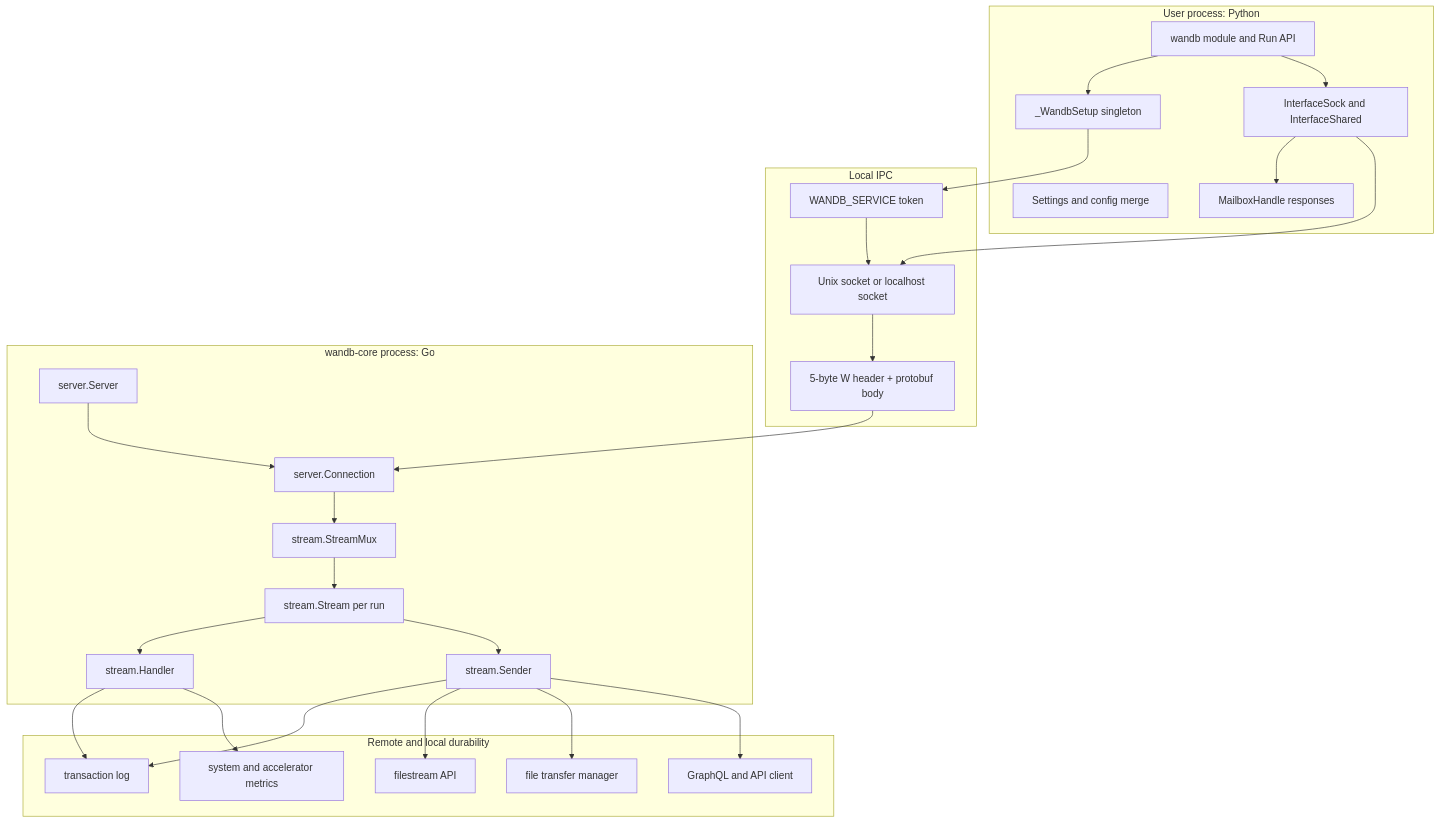
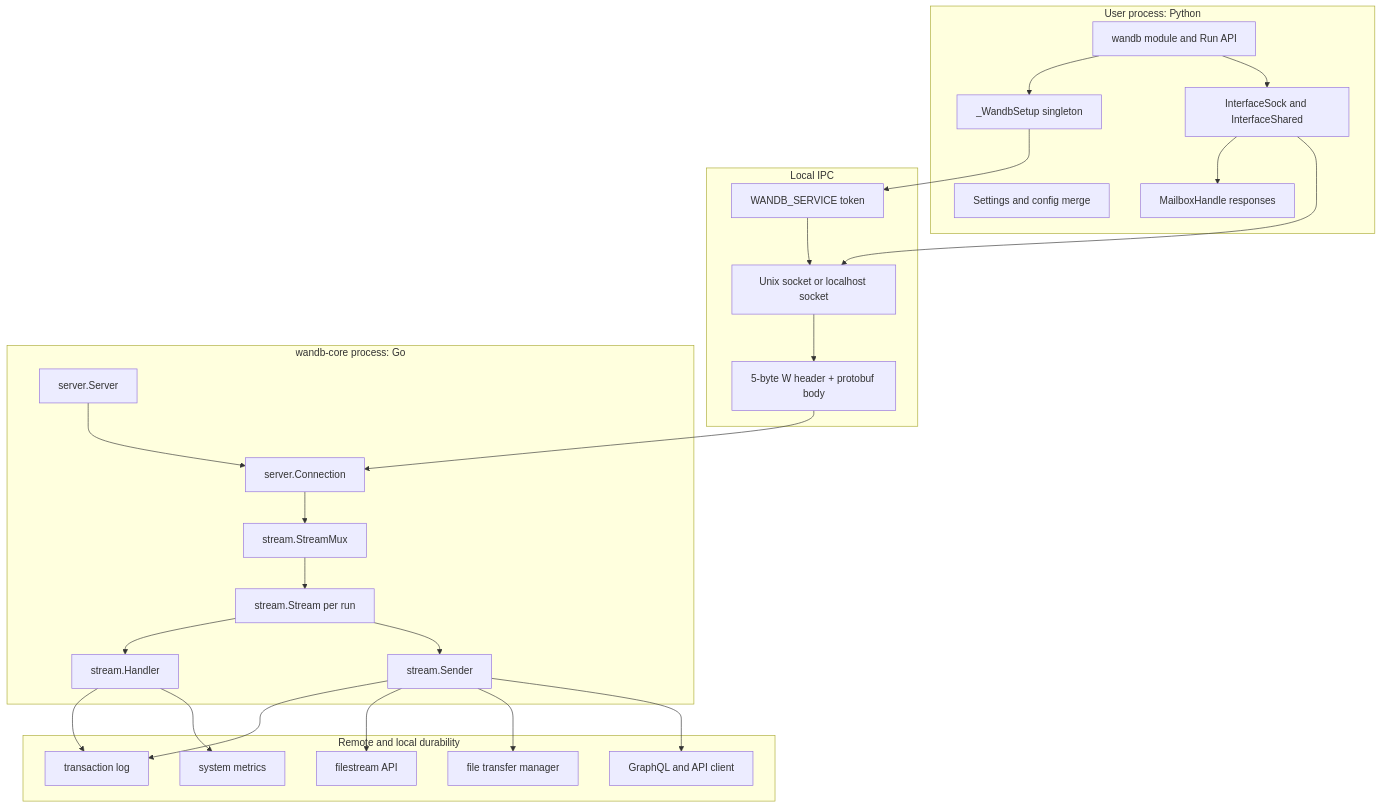
The first of 3 diagrams in docs/sdk/architecture.md (wandb/wandb), drawn with Mermaid before and after one commit. The commit also changed other lines of this file and 54 other files, not shown here.

First line of the commit message:
refactor(sdk): rename wandb-xpu to wandb-symon

````diff
--- a/docs/sdk/architecture.md
+++ b/docs/sdk/architecture.md
@@ -18,53 +18,53 @@
 ```mermaid
 flowchart TB
     subgraph UserProc["User process: Python"]
         PublicAPI["wandb module and Run API"]
         Setup["_WandbSetup singleton"]
         Settings["Settings and config merge"]
         Interface["InterfaceSock and InterfaceShared"]
         Mailbox["MailboxHandle responses"]
     end
 
     subgraph IPC["Local IPC"]
         Token["WANDB_SERVICE token"]
         Socket["Unix socket or localhost socket"]
         Frame["5-byte W header + protobuf body"]
     end
 
     subgraph CoreProc["wandb-core process: Go"]
         Server["server.Server"]
         Connection["server.Connection"]
         StreamMux["stream.StreamMux"]
         Stream["stream.Stream per run"]
         Handler["stream.Handler"]
         Sender["stream.Sender"]
     end
 
     subgraph Backend["Remote and local durability"]
         TL["transaction log"]
         FileStream["filestream API"]
         FileTransfer["file transfer manager"]
         GraphQL["GraphQL and API client"]
-        XPU["system and accelerator metrics"]
+        Symon["system metrics"]
     end
 
     PublicAPI --> Setup
     Setup --> Token
     PublicAPI --> Interface
     Interface --> Mailbox
     Interface --> Socket
     Token --> Socket
     Socket --> Frame
     Frame --> Connection
     Server --> Connection
     Connection --> StreamMux
     StreamMux --> Stream
     Stream --> Handler
     Stream --> Sender
     Handler --> TL
     Sender --> TL
     Sender --> FileStream
     Sender --> FileTransfer
     Sender --> GraphQL
-    Handler --> XPU
+    Handler --> Symon
 ```
````
